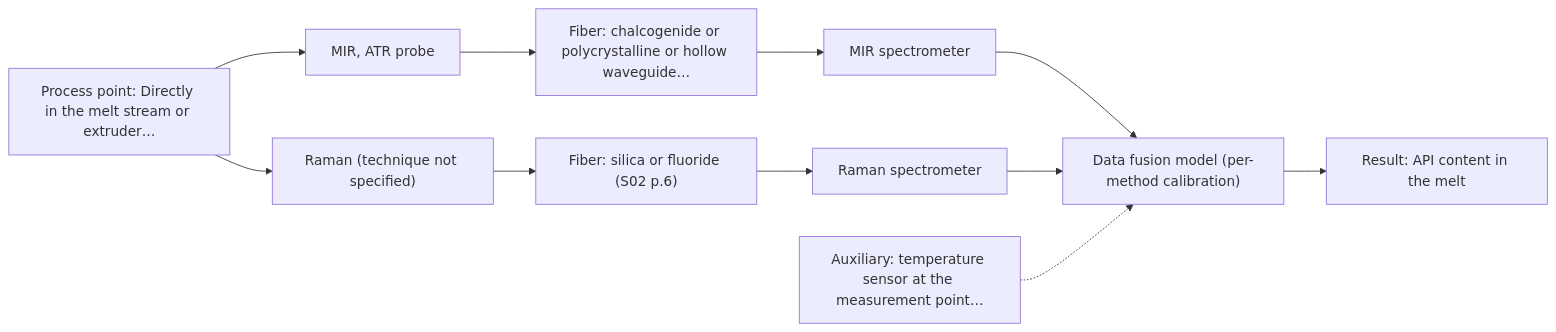
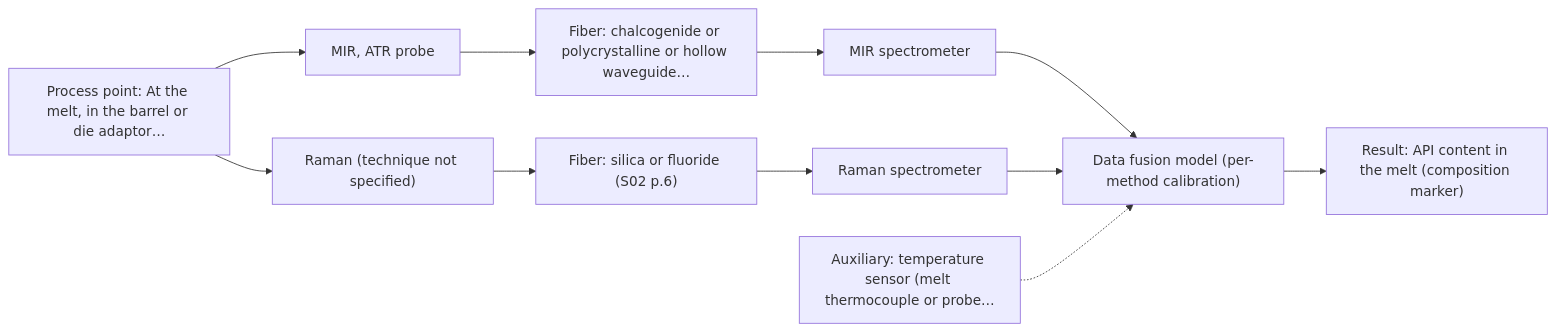
One commit to sleipnir029/Afs-Spectroscopy-Assistant changed the second of 2 diagrams in outputs/dev/D07.md. Above: the diagram before and after it, drawn with Mermaid. The commit also changed other lines of this file and 41 other files, not shown here.

````diff
--- a/outputs/dev/D07.md
+++ b/outputs/dev/D07.md
@@ -97,23 +86,23 @@
 ```mermaid
 flowchart LR
-    proc["Process point: Directly in the melt stream or extruder…"]
+    proc["Process point: At the melt, in the barrel or die adaptor…"]
     probe1["MIR, ATR probe"]
     fiber1["Fiber: chalcogenide or polycrystalline or hollow waveguide…"]
     spec1["MIR spectrometer"]
     probe2["Raman (technique not specified)"]
     fiber2["Fiber: silica or fluoride (S02 p.6)"]
     spec2["Raman spectrometer"]
     model["Data fusion model (per-method calibration)"]
-    result["Result: API content in the melt"]
-    aux1["Auxiliary: temperature sensor at the measurement point…"]
+    result["Result: API content in the melt (composition marker)"]
+    aux1["Auxiliary: temperature sensor (melt thermocouple or probe…"]
     proc --> probe1
     probe1 --> fiber1
     fiber1 --> spec1
     spec1 --> model
     proc --> probe2
     probe2 --> fiber2
     fiber2 --> spec2
     spec2 --> model
     model --> result
     aux1 -.-> model
 ```
````
